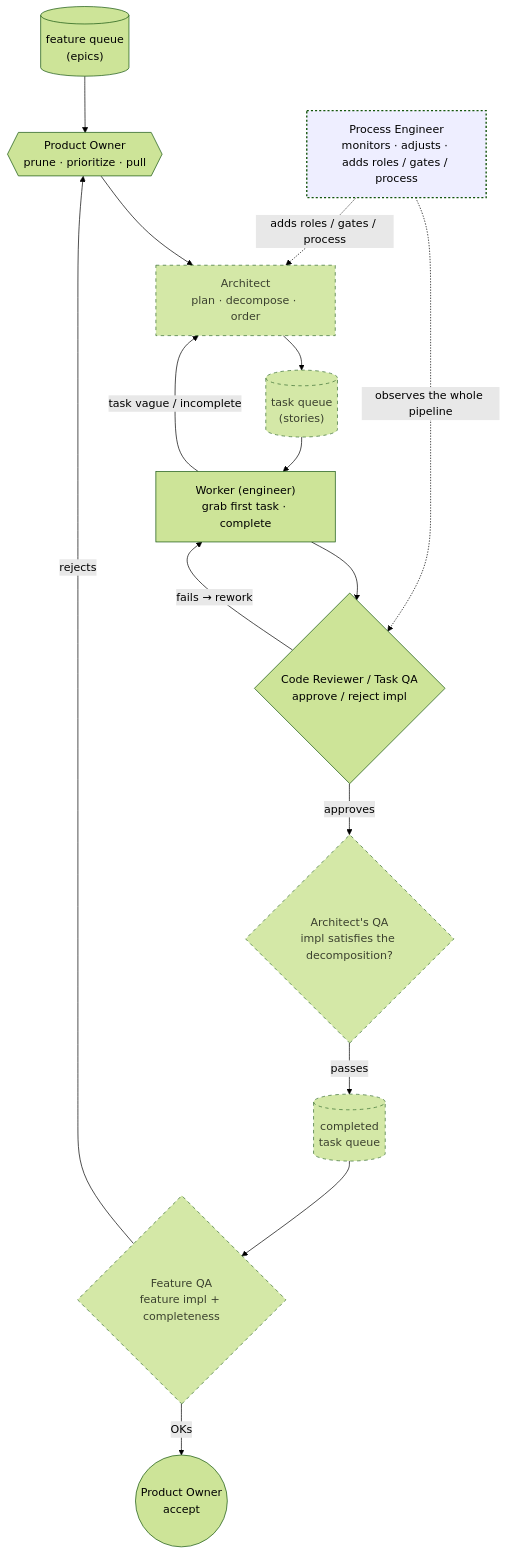
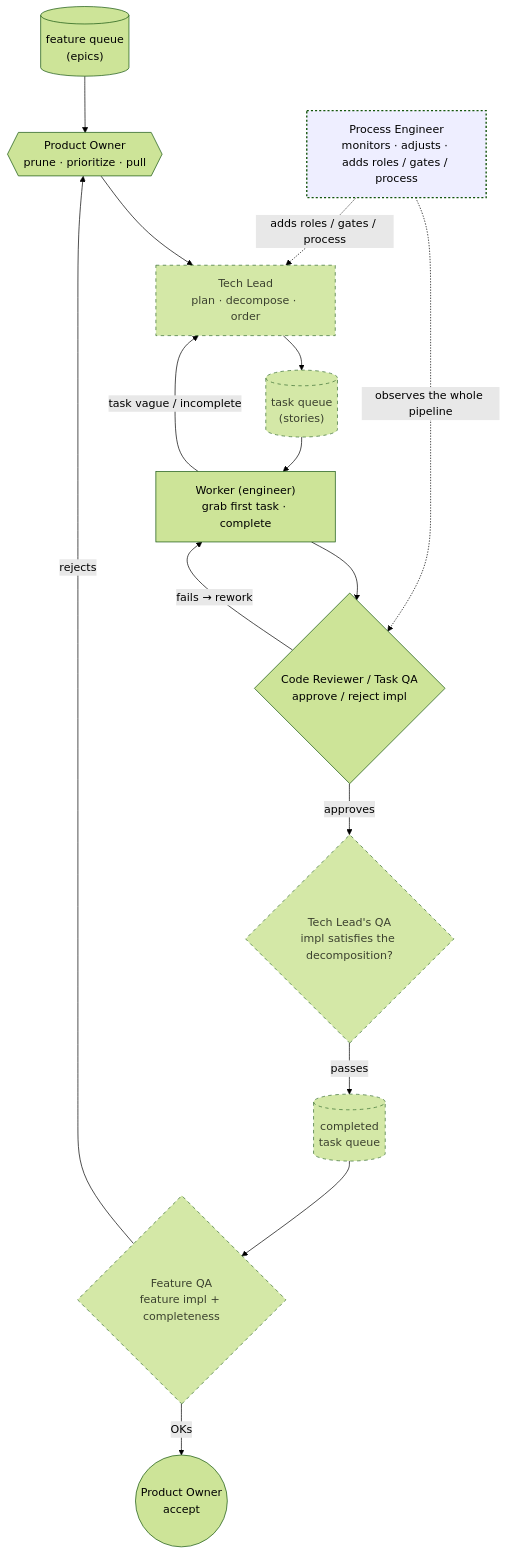
One commit to gsrunion/flywheel-harness changed the diagram in docs/v3-target-architecture.md. Above: the diagram before and after it, drawn with Mermaid (forest theme). The commit also changed other lines of this file, not shown here.

First line of the commit message:
v3 roles: Architect renamed Tech Lead (owner directive 2026-07-19)

````diff
--- a/docs/v3-target-architecture.md
+++ b/docs/v3-target-architecture.md
@@ -9,30 +9,30 @@
 ```mermaid
 flowchart TB
     FQ[("feature queue<br/>(epics)")]
     PO{{"Product Owner<br/>prune · prioritize · pull"}}
-    ARCH["Architect<br/>plan · decompose · order"]:::planned
+    ARCH["Tech Lead<br/>plan · decompose · order"]:::planned
     TQ[("task queue<br/>(stories)")]:::planned
     W["Worker (engineer)<br/>grab first task · complete"]
     TQA{"Code Reviewer / Task QA<br/>approve / reject impl"}
-    AQA{"Architect's QA<br/>impl satisfies the decomposition?"}:::planned
+    AQA{"Tech Lead's QA<br/>impl satisfies the decomposition?"}:::planned
     CTQ[("completed<br/>task queue")]:::planned
     FQA{"Feature QA<br/>feature impl + completeness"}:::planned
     ACC(("Product Owner<br/>accept"))
 
     PE["Process Engineer<br/>monitors · adjusts · adds roles / gates / process"]:::meta
 
     FQ --> PO --> ARCH --> TQ --> W
     W -->|"task vague / incomplete"| ARCH
     W --> TQA
     TQA -->|"fails → rework"| W
     TQA -->|"approves"| AQA
     AQA -->|"passes"| CTQ
     CTQ --> FQA
     FQA -->|"rejects"| PO
     FQA -->|"OKs"| ACC
     PE -.->|"observes the whole pipeline"| TQA
     PE -.->|"adds roles / gates / process"| ARCH
 
     classDef planned stroke-dasharray:5 5,opacity:0.85
     classDef meta fill:#eef,stroke-dasharray:3 3,stroke-width:2px
 ```
````
